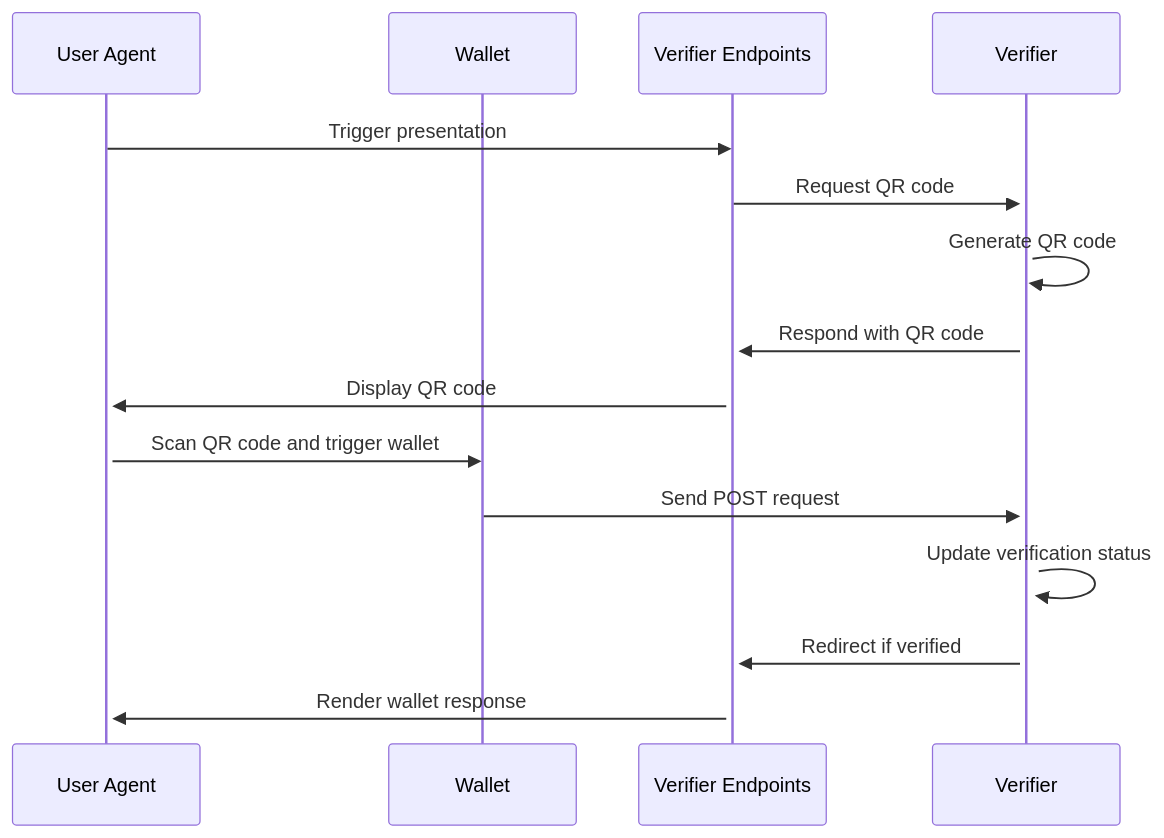
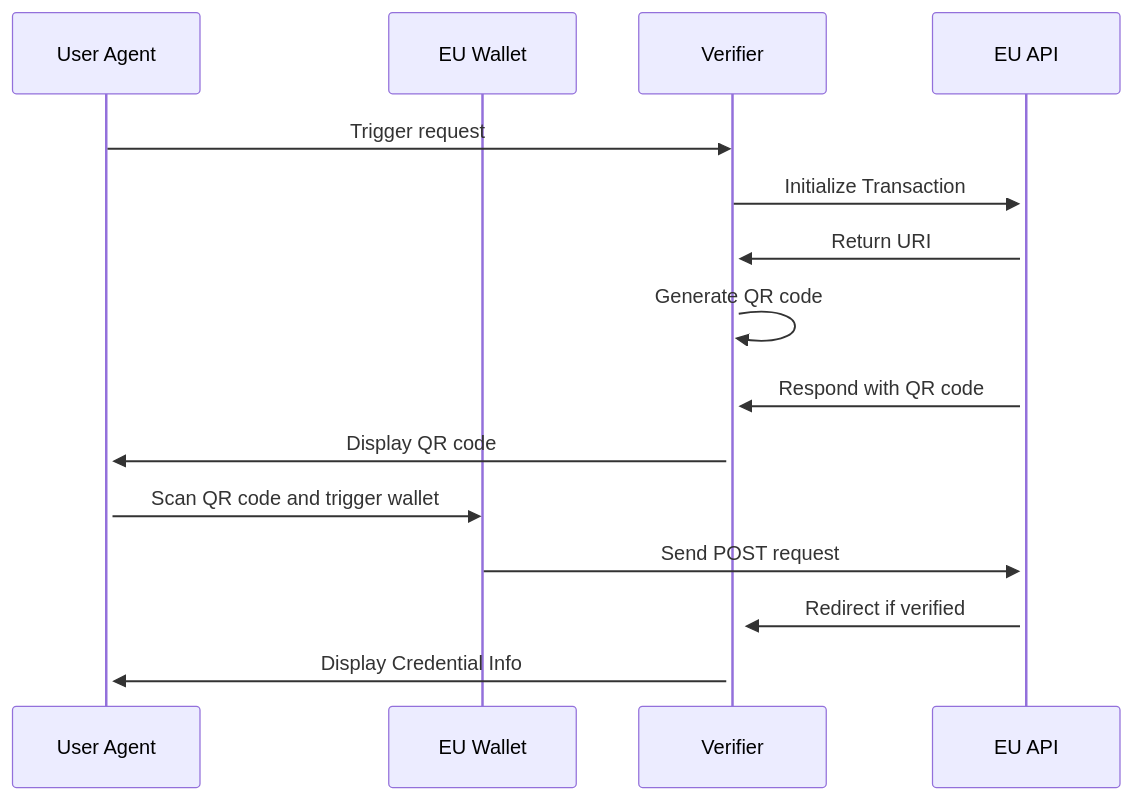
One commit to felleslosninger/dc24-wallet-verifier changed the diagram in README.md. Above: the diagram before and after it, drawn with Mermaid. The commit also changed other lines of this file, not shown here.

````diff
--- a/README.md
+++ b/README.md
@@ -33,21 +29,21 @@
 ```mermaid
 sequenceDiagram    
     participant UA as User Agent
-    participant W as Wallet
-    participant VE as Verifier Endpoints
-    participant V as Verifier
+    participant W as EU Wallet
+    participant VE as Verifier
+    participant V as EU API
 
-    UA->>VE: Trigger presentation 
+    UA->>VE: Trigger request 
     
-    VE->>+V: Request QR code
-    V->>V: Generate QR code
+    VE->>+V: Initialize Transaction
+    V->>+VE: Return URI
+    VE->>VE: Generate QR code
     V->>+VE: Respond with QR code
 
     VE->>+UA: Display QR code
     UA->>W: Scan QR code and trigger wallet
 
     W->>+V: Send POST request
-    V->>V: Update verification status
     V->>VE: Redirect if verified
-    VE->>UA: Render wallet response 
+    VE->>UA: Display Credential Info 
 ```
````
